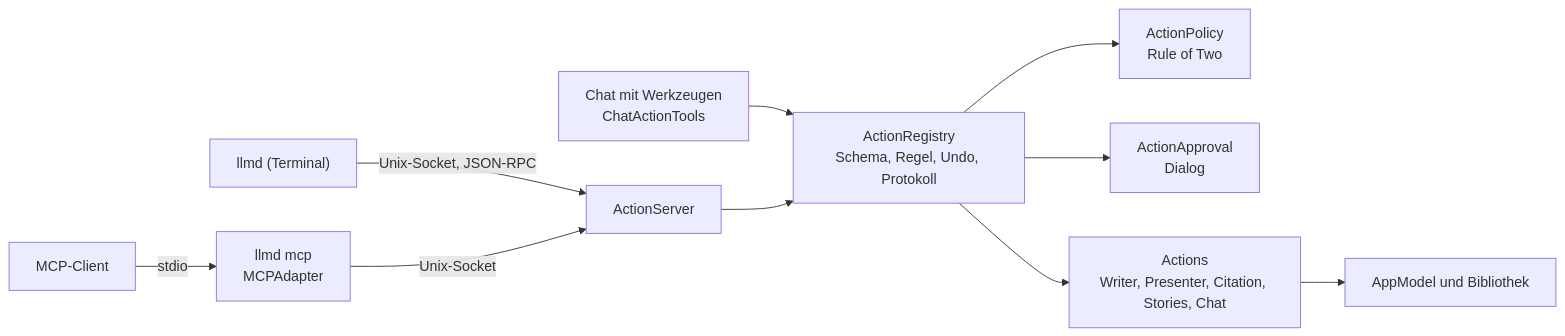
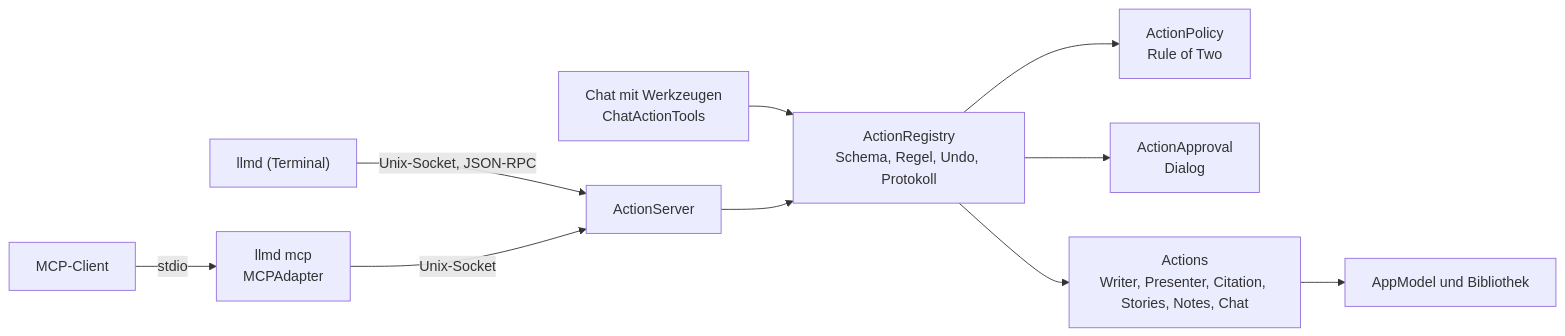
The first of 2 diagrams in docs/actions.md (AlexEhrenberger/LLMDesigner), drawn with Mermaid before and after one commit. The commit also changed other lines of this file and 37 other files, not shown here.

````diff
--- a/docs/actions.md
+++ b/docs/actions.md
@@ -12,11 +12,11 @@
 ```mermaid
 flowchart LR
     CLI["llmd (Terminal)"] -->|"Unix-Socket, JSON-RPC"| SRV["ActionServer"]
     MCP["MCP-Client"] -->|stdio| AD["llmd mcp<br/>MCPAdapter"] -->|"Unix-Socket"| SRV
     CHAT["Chat mit Werkzeugen<br/>ChatActionTools"] --> REG
     SRV --> REG["ActionRegistry<br/>Schema, Regel, Undo, Protokoll"]
     REG --> POL["ActionPolicy<br/>Rule of Two"]
     REG --> APP["ActionApproval<br/>Dialog"]
-    REG --> ACT["Actions<br/>Writer, Presenter, Citation, Stories, Chat"]
+    REG --> ACT["Actions<br/>Writer, Presenter, Citation, Stories, Notes, Chat"]
     ACT --> AM["AppModel und Bibliothek"]
 ```
````
